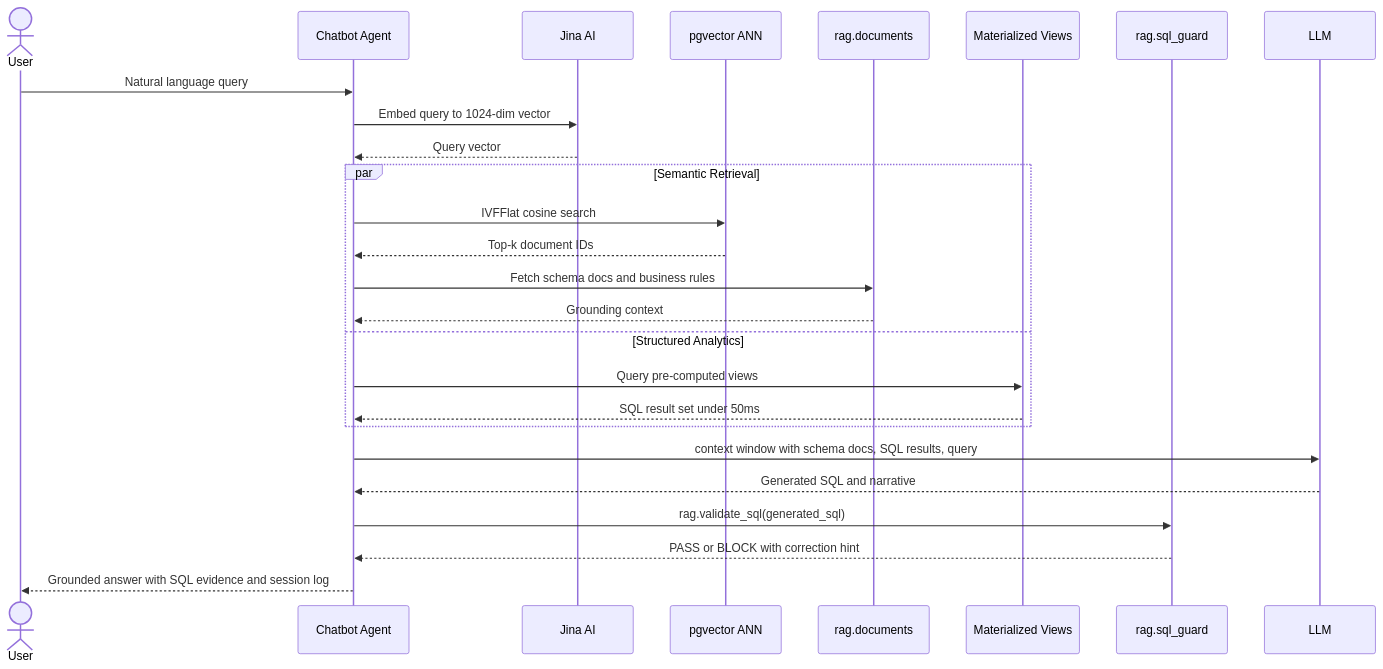
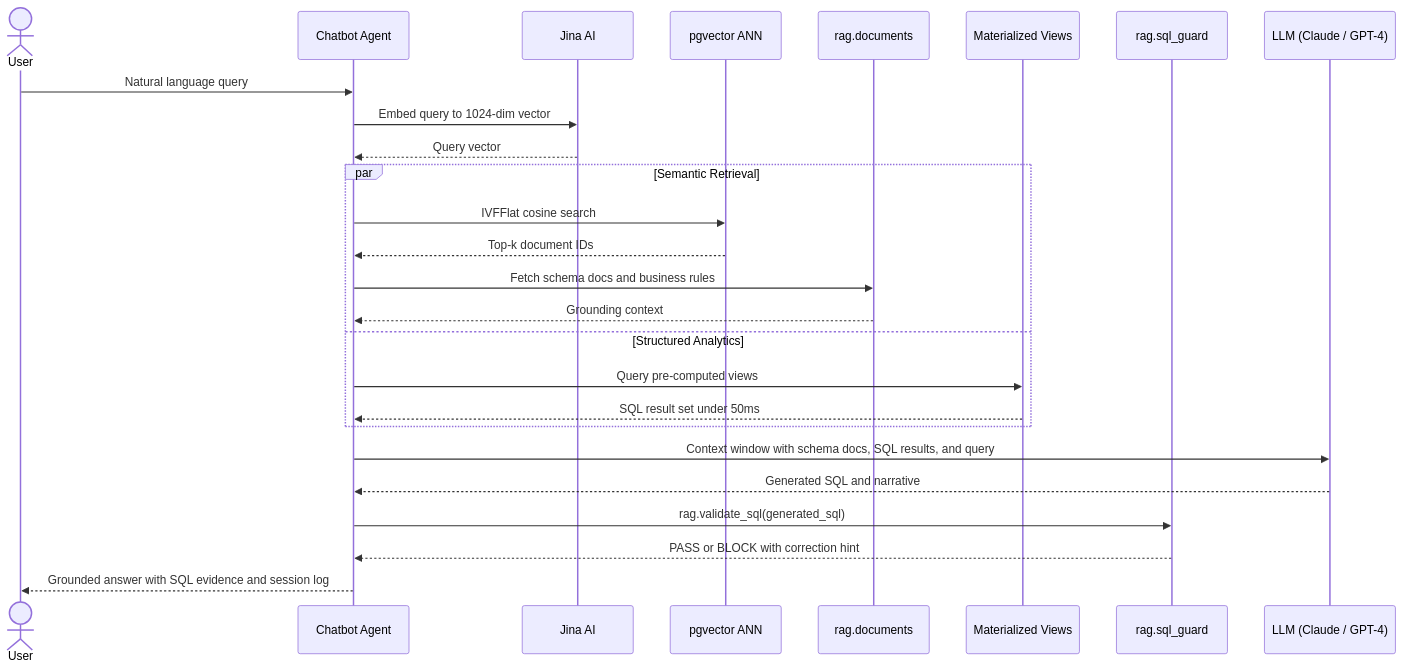
Before and after one commit to Mohamed-Elmasry16/Recovera-Hybrid-Database-Architecture: the fifth of 6 diagrams in README.md, drawn with Mermaid. The commit also changed other lines of this file, not shown here.

````diff
--- a/README.md
+++ b/README.md
@@ -332,33 +335,34 @@
 ```mermaid
 sequenceDiagram
     actor  U  as User
     participant CA as Chatbot Agent
     participant J  as Jina AI
     participant PV as pgvector ANN
     participant D  as rag.documents
     participant MV as Materialized Views
     participant G  as rag.sql_guard
-    participant LM as LLM
+    participant LM as LLM (Claude / GPT-4)
 
     U  ->> CA: Natural language query
+
     CA ->> J:  Embed query to 1024-dim vector
     J  -->> CA: Query vector
 
     par Semantic Retrieval
         CA ->> PV: IVFFlat cosine search
         PV -->> CA: Top-k document IDs
         CA ->> D:  Fetch schema docs and business rules
         D  -->> CA: Grounding context
     and Structured Analytics
         CA ->> MV: Query pre-computed views
         MV -->> CA: SQL result set under 50ms
     end
 
-    CA ->> LM: context window with schema docs, SQL results, query
+    CA ->> LM: Context window with schema docs, SQL results, and query
     LM -->> CA: Generated SQL and narrative
 
     CA ->> G:  rag.validate_sql(generated_sql)
     G  -->> CA: PASS or BLOCK with correction hint
 
     CA -->> U: Grounded answer with SQL evidence and session log
 ```
````
